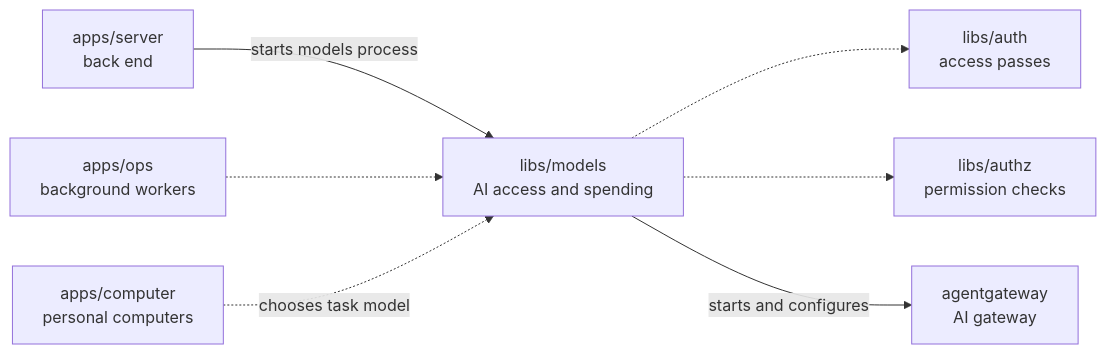
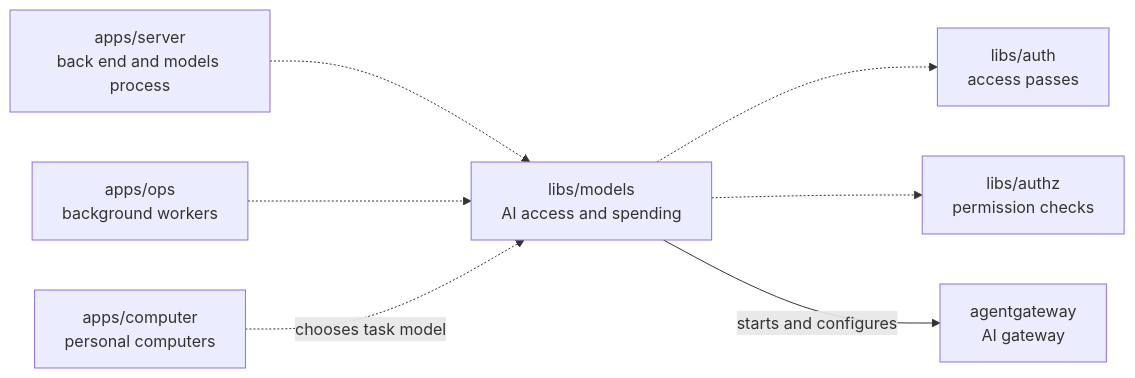
The diagram in libs/models/README.md (elewa-git/opencrane-new), drawn with Mermaid before and after one commit. The commit also changed other lines of this file and 5 other files, not shown here.

````diff
--- a/libs/models/README.md
+++ b/libs/models/README.md
@@ -11,9 +11,9 @@
 ```mermaid
 flowchart LR
-  server["apps/server<br/>back end"] -->|starts models process| models["libs/models<br/>AI access and spending"]
+  server["apps/server<br/>back end and models process"] -.-> models["libs/models<br/>AI access and spending"]
   ops["apps/ops<br/>background workers"] -.-> models
   computer["apps/computer<br/>personal computers"] -.->|chooses task model| models
   models -.-> auth["libs/auth<br/>access passes"]
   models -.-> authz["libs/authz<br/>permission checks"]
   models -->|starts and configures| gateway["agentgateway<br/>AI gateway"]
 ```
````
